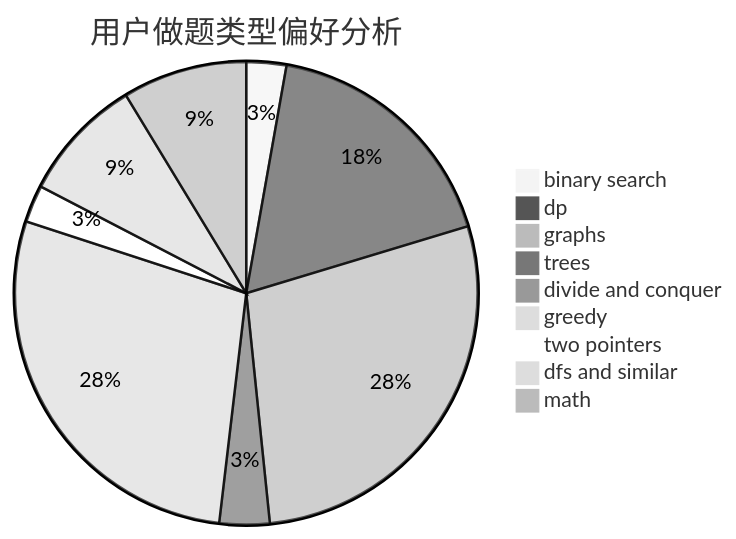
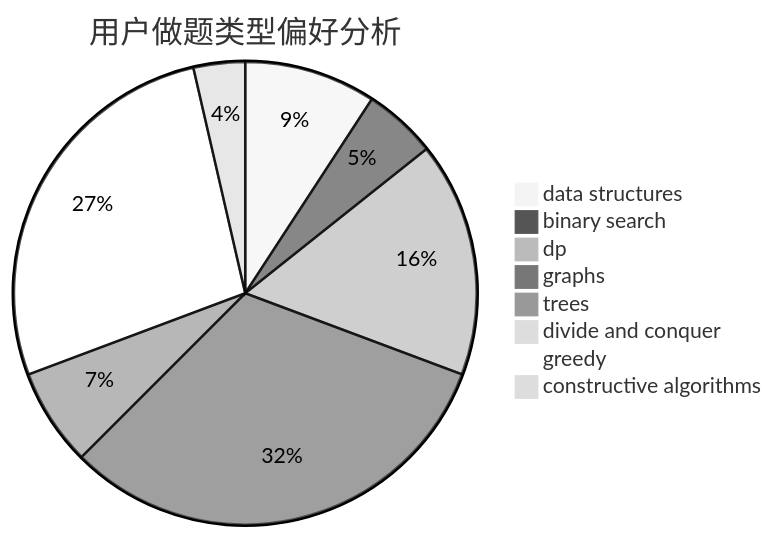
The second of 3 diagrams in docs/user/u1055.md (sherpahu/cfrs.github.io), drawn with Mermaid (neutral theme) before and after one commit. The commit also changed other lines of this file and 2775 other files, not shown here.

````diff
--- a/docs/user/u1055.md
+++ b/docs/user/u1055.md
@@ -23,12 +23,11 @@
 ```mermaid
 pie title 用户做题类型偏好分析
-    "binary search" :  71
-    "dp" :  446
-    "graphs" :  713
-    "trees" :  89
+    "data structures" :  92
+    "binary search" :  51
+    "dp" :  164
+    "graphs" :  318
+    "trees" :  68
     "divide and conquer" :  0
-    "greedy" :  716
-    "two pointers" :  66
-    "dfs and similar" :  221
-    "math" :  221
+    "greedy" :  271
+    "constructive algorithms" :  36
 ```
````
